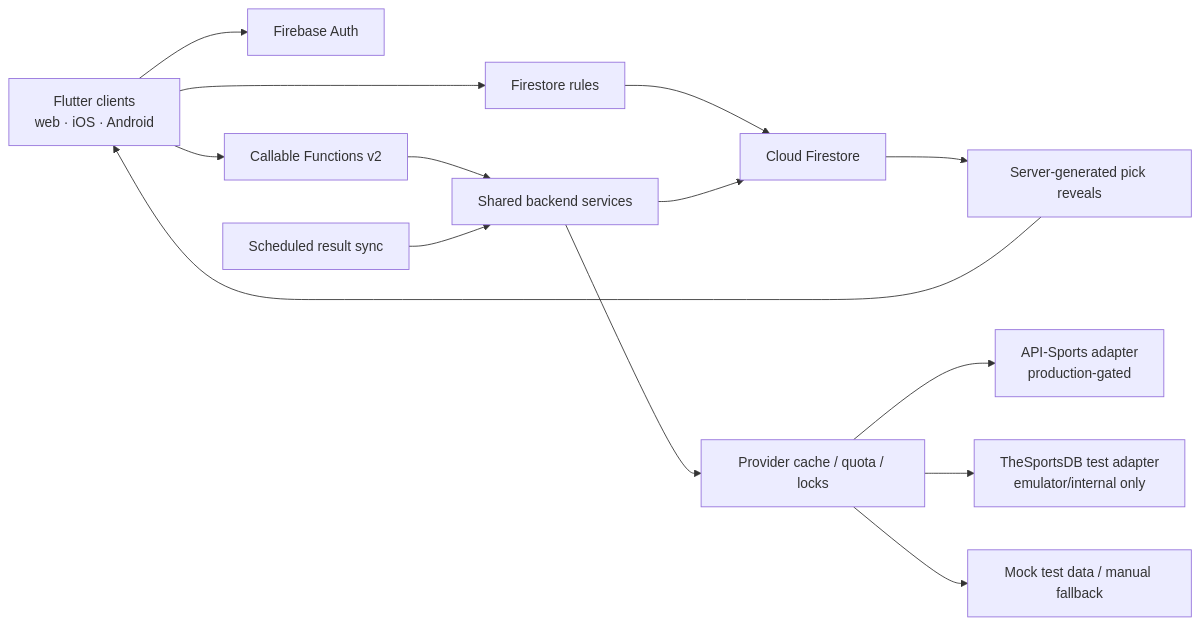
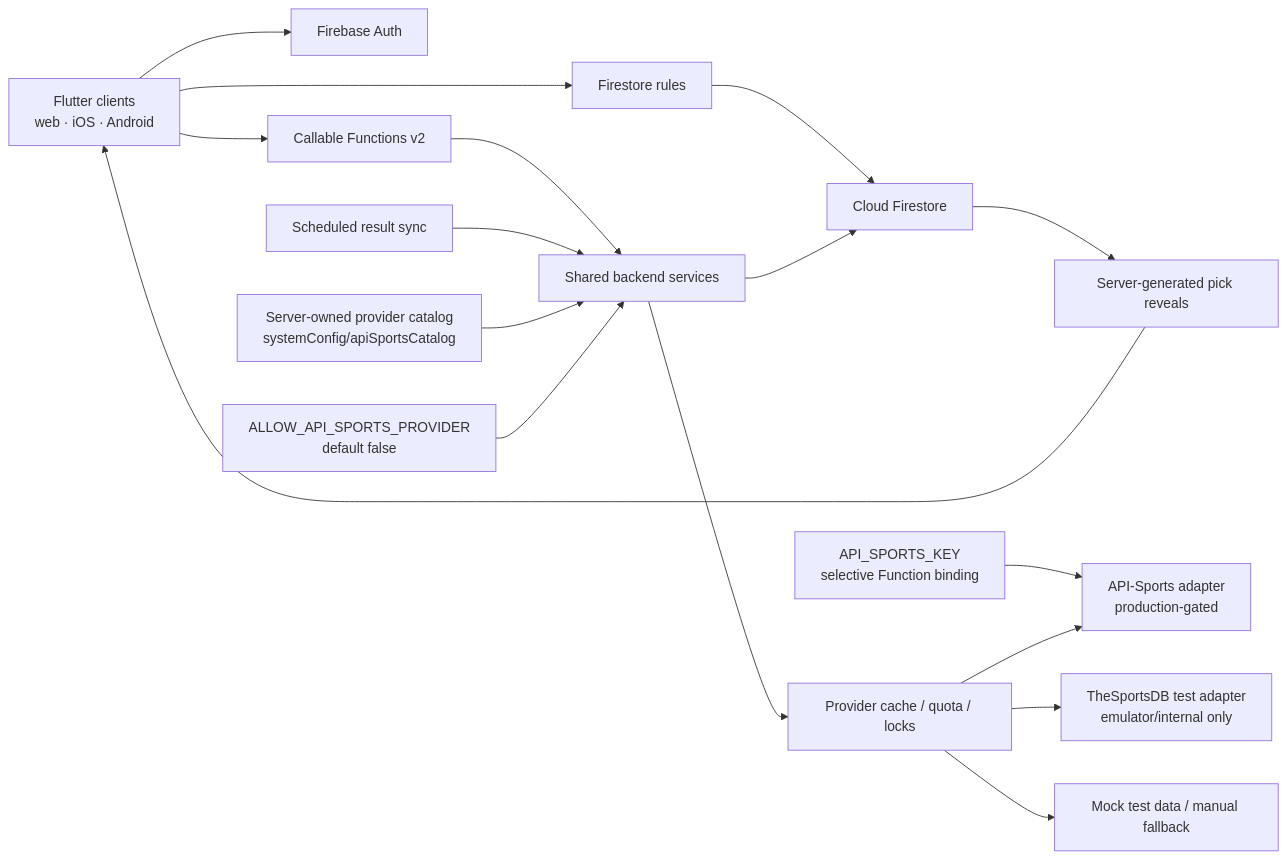
Before and after one commit to mleikam1/lukespics: the diagram in docs/architecture.md, drawn with Mermaid. The commit also changed other lines of this file and 52 other files, not shown here.

Commit message:
feat: add production-gated sports catalog and slate flow

````diff
--- a/docs/architecture.md
+++ b/docs/architecture.md
@@ -5,16 +5,19 @@
 ```mermaid
 flowchart LR
   Client["Flutter clients<br/>web · iOS · Android"] --> Auth["Firebase Auth"]
   Client --> Rules["Firestore rules"]
   Rules --> Firestore["Cloud Firestore"]
   Client --> Callables["Callable Functions v2"]
   Callables --> Services["Shared backend services"]
   Scheduler["Scheduled result sync"] --> Services
   Services --> Firestore
+  Config["Server-owned provider catalog<br/>systemConfig/apiSportsCatalog"] --> Services
+  Secret["API_SPORTS_KEY<br/>selective Function binding"] --> Provider
+  Gate["ALLOW_API_SPORTS_PROVIDER<br/>default false"] --> Services
   Services --> Cache["Provider cache / quota / locks"]
   Cache --> Provider["API-Sports adapter<br/>production-gated"]
   Cache --> Internal["TheSportsDB test adapter<br/>emulator/internal only"]
   Cache --> Fallback["Mock test data / manual fallback"]
   Firestore --> Reveals["Server-generated pick reveals"]
   Reveals --> Client
 ```
````
